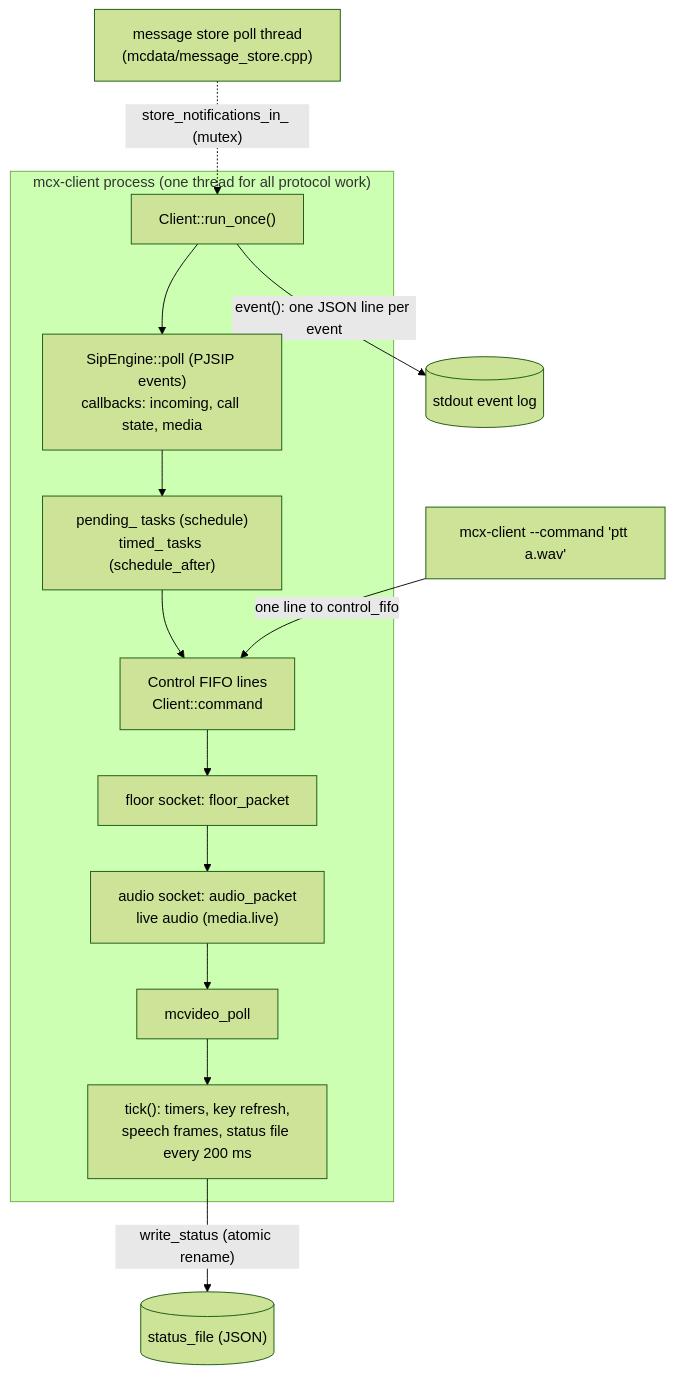
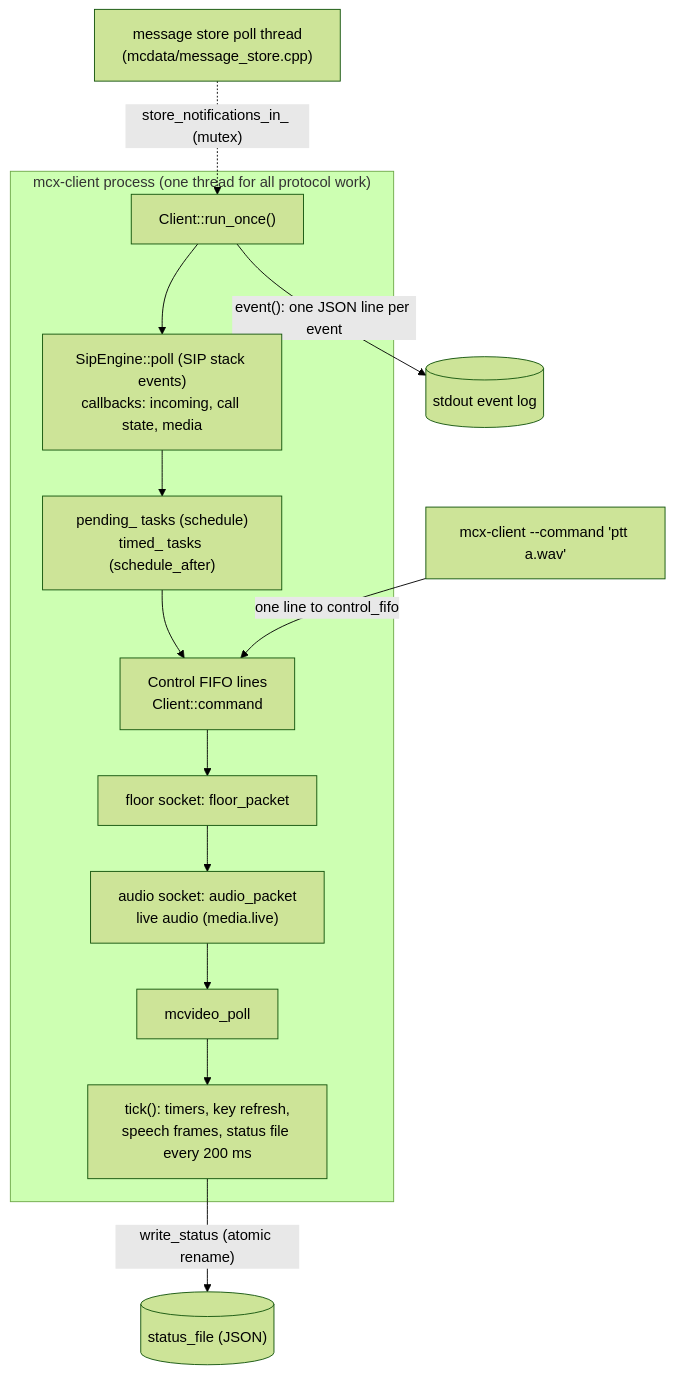
The second of 8 diagrams in docs/DEVELOPER_GUIDE.md (openMCX/openmcx-client), drawn with Mermaid (forest theme) before and after one commit. The commit also changed other lines of this file and 9 other files, not shown here.

First line of the commit message:
reSIProcate the only SIP engine: development image 0.5, NOTICE without pjproject

````diff
--- a/docs/DEVELOPER_GUIDE.md
+++ b/docs/DEVELOPER_GUIDE.md
@@ -146,18 +146,18 @@
 ```mermaid
 flowchart TB
   subgraph Process["mcx-client process (one thread for all protocol work)"]
     LOOP["Client::run_once()"]
-    SIP["SipEngine::poll (PJSIP events)<br/>callbacks: incoming, call state, media"]
+    SIP["SipEngine::poll (SIP stack events)<br/>callbacks: incoming, call state, media"]
     TASKS["pending_ tasks (schedule)<br/>timed_ tasks (schedule_after)"]
     CMD["Control FIFO lines<br/>Client::command"]
     FLOOR["floor socket: floor_packet"]
     AUDIO["audio socket: audio_packet<br/>live audio (media.live)"]
     VIDEO["mcvideo_poll"]
     TICK["tick(): timers, key refresh,<br/>speech frames, status file every 200 ms"]
     LOOP --> SIP --> TASKS --> CMD --> FLOOR --> AUDIO --> VIDEO --> TICK
   end
   STORE["message store poll thread<br/>(mcdata/message_store.cpp)"] -.->|"store_notifications_in_ (mutex)"| LOOP
   CLI["mcx-client --command 'ptt a.wav'"] -- "one line to control_fifo" --> CMD
   TICK -- "write_status (atomic rename)" --> STATUS[("status_file (JSON)")]
   LOOP -- "event(): one JSON line per event" --> STDOUT[("stdout event log")]
 ```
````
